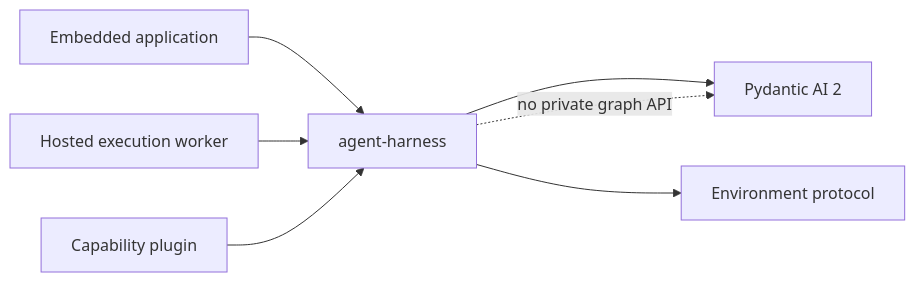
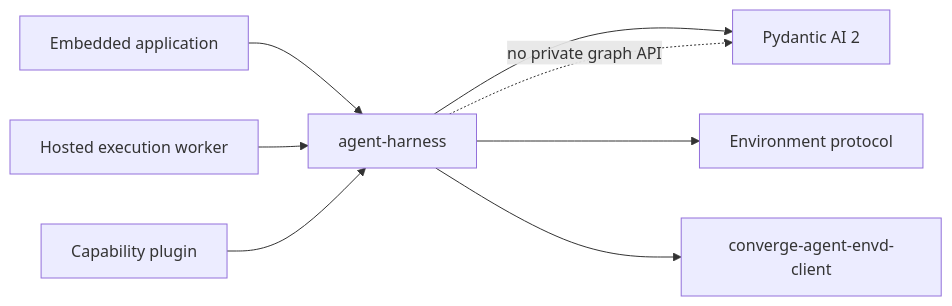
Before and after one commit to LTThreeComma/agent-foundation: the first of 2 diagrams in spec/agent-harness/14-public-api-and-packaging.md, drawn with Mermaid. The commit also changed other lines of this file and 54 other files, not shown here.

````diff
--- a/spec/agent-harness/14-public-api-and-packaging.md
+++ b/spec/agent-harness/14-public-api-and-packaging.md
@@ -9,9 +9,10 @@
 ```mermaid
 flowchart LR
     App[Embedded application] --> SDK[agent-harness]
     Hosted[Hosted execution worker] --> SDK
     Plugin[Capability plugin] --> SDK
     SDK --> PAI[Pydantic AI 2]
     SDK --> Env[Environment protocol]
+    SDK --> EIPClient[converge-agent-envd-client]
     SDK -. no private graph API .-> PAI
 ```
````
